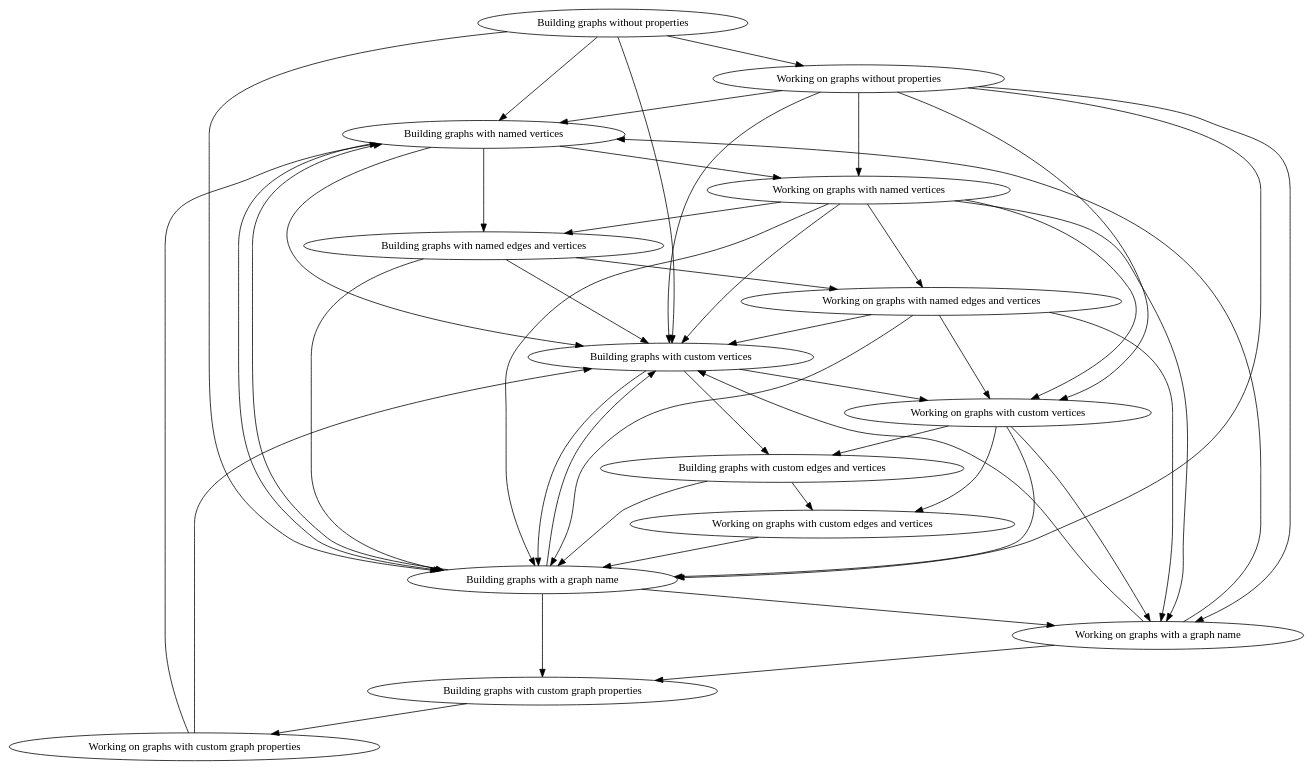
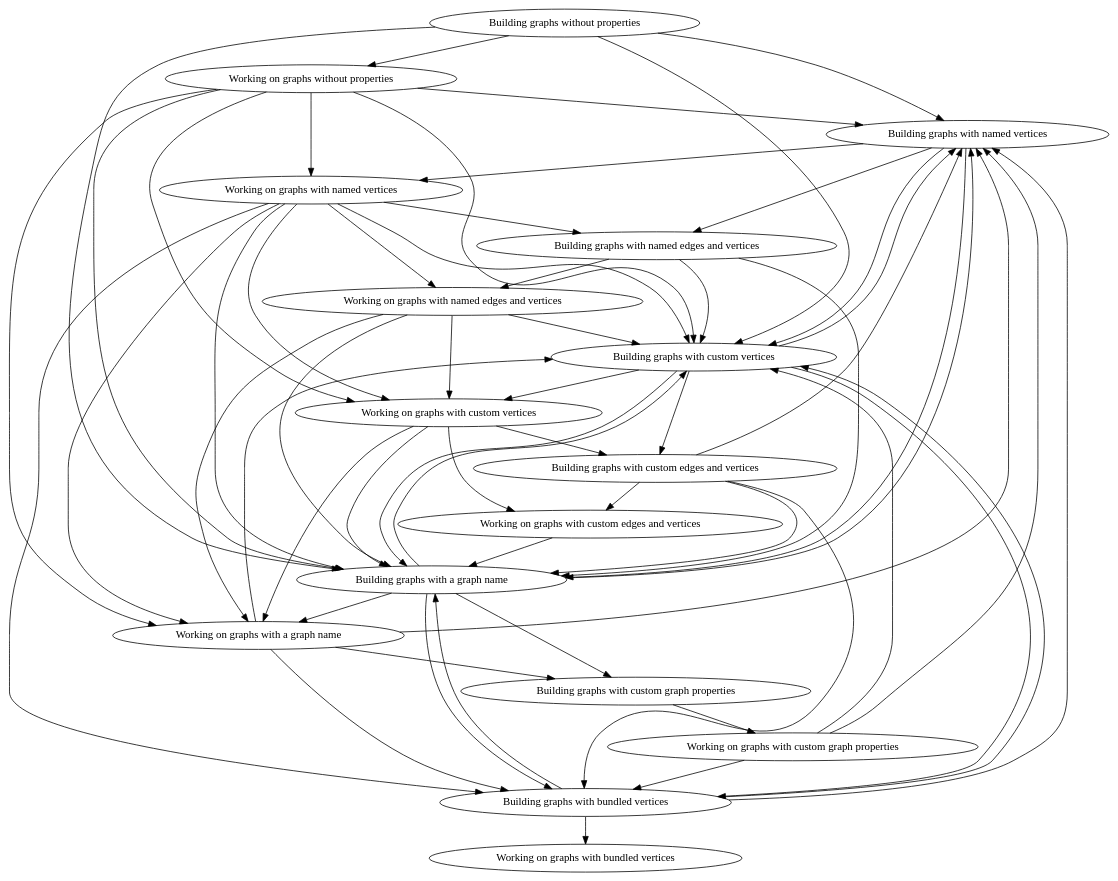
One commit to richelbilderbeek/boost_graph_cookbook_1 changed the diagram in BoostGraphTutorial/create_tutorial_chapters_graph.dot. Above: the diagram before and after it, drawn with Graphviz. The commit also changed 6 other files, not shown here.

```diff
--- a/BoostGraphTutorial/create_tutorial_chapters_graph.dot
+++ b/BoostGraphTutorial/create_tutorial_chapters_graph.dot
@@ -1,63 +1,77 @@
 digraph G {
 0[label="Building graphs without properties"];
 1[label="Working on graphs without properties"];
 2[label="Building graphs with named vertices"];
 3[label="Working on graphs with named vertices"];
 4[label="Building graphs with named edges and vertices"];
 5[label="Working on graphs with named edges and vertices"];
-6[label="Building graphs with custom vertices"];
-7[label="Working on graphs with custom vertices"];
-8[label="Building graphs with custom edges and vertices"];
-9[label="Working on graphs with custom edges and vertices"];
-10[label="Building graphs with a graph name"];
-11[label="Working on graphs with a graph name"];
-12[label="Building graphs with custom graph properties"];
-13[label="Working on graphs with custom graph properties"];
+6[label="Building graphs with bundled vertices"];
+7[label="Working on graphs with bundled vertices"];
+8[label="Building graphs with custom vertices"];
+9[label="Working on graphs with custom vertices"];
+10[label="Building graphs with custom edges and vertices"];
+11[label="Working on graphs with custom edges and vertices"];
+12[label="Building graphs with a graph name"];
+13[label="Working on graphs with a graph name"];
+14[label="Building graphs with custom graph properties"];
+15[label="Working on graphs with custom graph properties"];
 0->1 ;
 0->2 ;
-0->6 ;
-0->10 ;
+0->8 ;
+0->12 ;
 1->2 ;
-1->6 ;
-1->10 ;
+1->8 ;
+1->12 ;
 1->3 ;
-1->7 ;
-1->11 ;
+1->9 ;
+1->13 ;
 2->3 ;
 2->4 ;
-2->6 ;
-2->10 ;
+2->8 ;
+2->12 ;
 3->4 ;
 3->6 ;
-3->10 ;
+3->8 ;
+3->12 ;
 3->5 ;
-3->7 ;
-3->11 ;
+3->9 ;
+3->13 ;
 4->5 ;
-4->6 ;
-4->10 ;
-5->6 ;
-5->10 ;
-5->7 ;
-5->11 ;
+4->8 ;
+4->12 ;
+5->8 ;
+5->12 ;
+5->9 ;
+5->13 ;
 6->7 ;
+6->2 ;
 6->8 ;
-6->10 ;
-7->8 ;
-7->10 ;
-7->9 ;
-7->11 ;
+6->12 ;
 8->9 ;
+8->2 ;
+8->6 ;
 8->10 ;
+8->12 ;
 9->10 ;
+9->12 ;
+9->11 ;
+9->13 ;
 10->11 ;
-10->12 ;
 10->2 ;
 10->6 ;
+10->12 ;
 11->12 ;
-11->2 ;
-11->6 ;
 12->13 ;
+12->2 ;
+12->6 ;
+12->8 ;
+12->14 ;
+13->14 ;
 13->2 ;
 13->6 ;
+13->8 ;
+14->15 ;
+15->2 ;
+15->6 ;
+15->8 ;
 }
```
